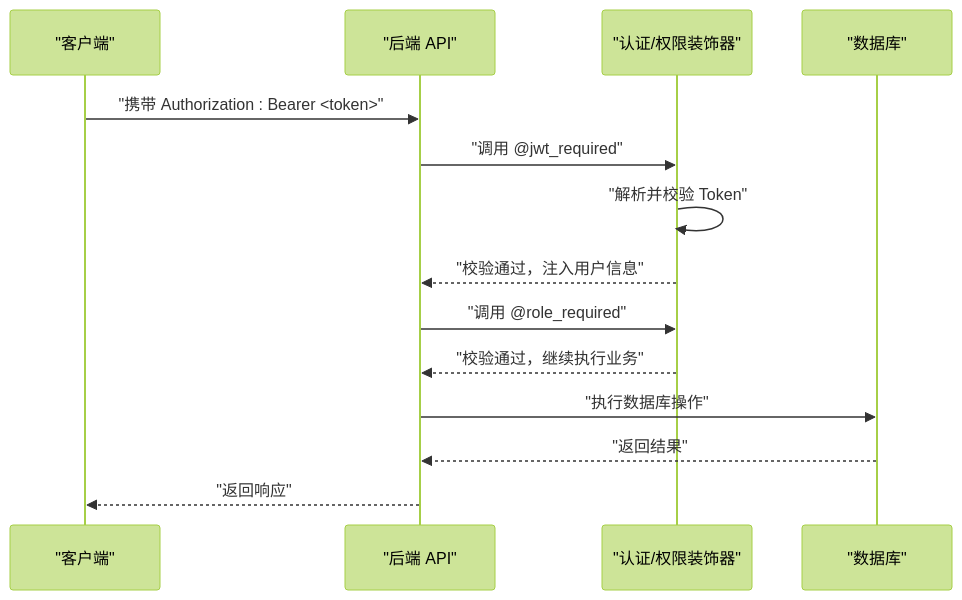
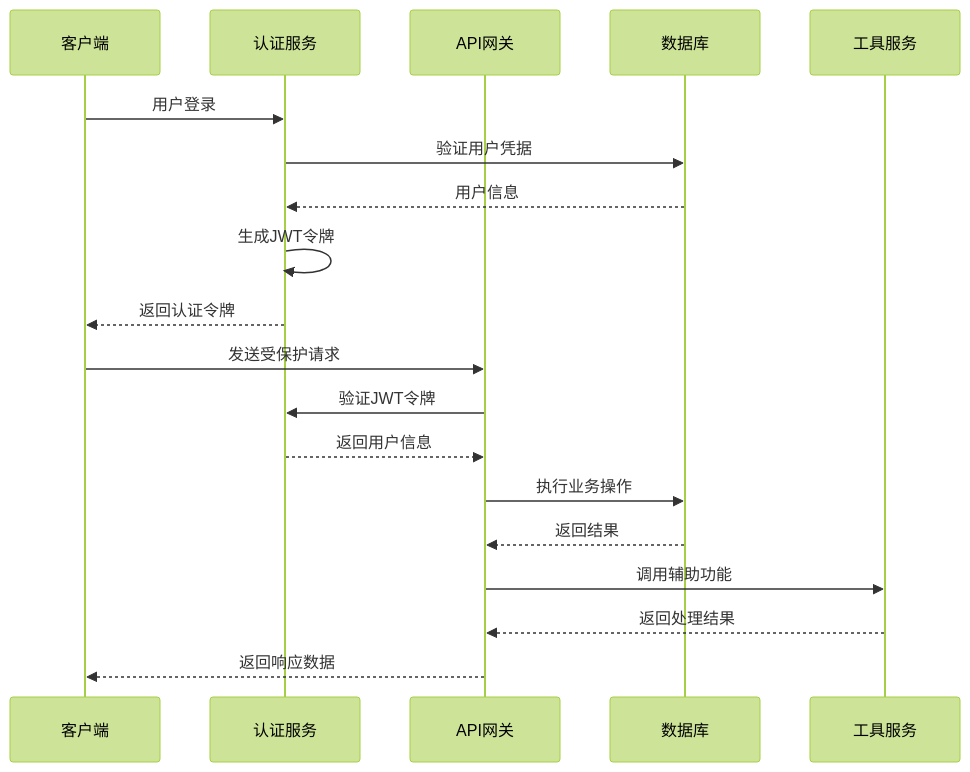
One commit to ismine3/OPS changed the second of 8 diagrams in .qoder/repowiki/zh/content/项目概述/项目介绍.md. Above: the diagram before and after it, drawn with Mermaid (forest theme). The commit also changed other lines of this file and 157 other files, not shown here.

````diff
--- a/.qoder/repowiki/zh/content/项目概述/项目介绍.md
+++ b/.qoder/repowiki/zh/content/项目概述/项目介绍.md
@@ -239,16 +156,21 @@
 ```mermaid
 sequenceDiagram
-participant Client as "客户端"
-participant API as "后端 API"
-participant Decor as "认证/权限装饰器"
-participant DB as "数据库"
-Client->>API : "携带 Authorization : Bearer <token>"
-API->>Decor : "调用 @jwt_required"
-Decor->>Decor : "解析并校验 Token"
-Decor-->>API : "校验通过，注入用户信息"
-API->>Decor : "调用 @role_required"
-Decor-->>API : "校验通过，继续执行业务"
-API->>DB : "执行数据库操作"
-DB-->>API : "返回结果"
-API-->>Client : "返回响应"
+participant Client as 客户端
+participant Auth as 认证服务
+participant API as API网关
+participant DB as 数据库
+participant Utils as 工具服务
+Client->>Auth : 用户登录
+Auth->>DB : 验证用户凭据
+DB-->>Auth : 用户信息
+Auth->>Auth : 生成JWT令牌
+Auth-->>Client : 返回认证令牌
+Client->>API : 发送受保护请求
+API->>Auth : 验证JWT令牌
+Auth-->>API : 返回用户信息
+API->>DB : 执行业务操作
+DB-->>API : 返回结果
+API->>Utils : 调用辅助功能
+Utils-->>API : 返回处理结果
+API-->>Client : 返回响应数据
 ```
````
